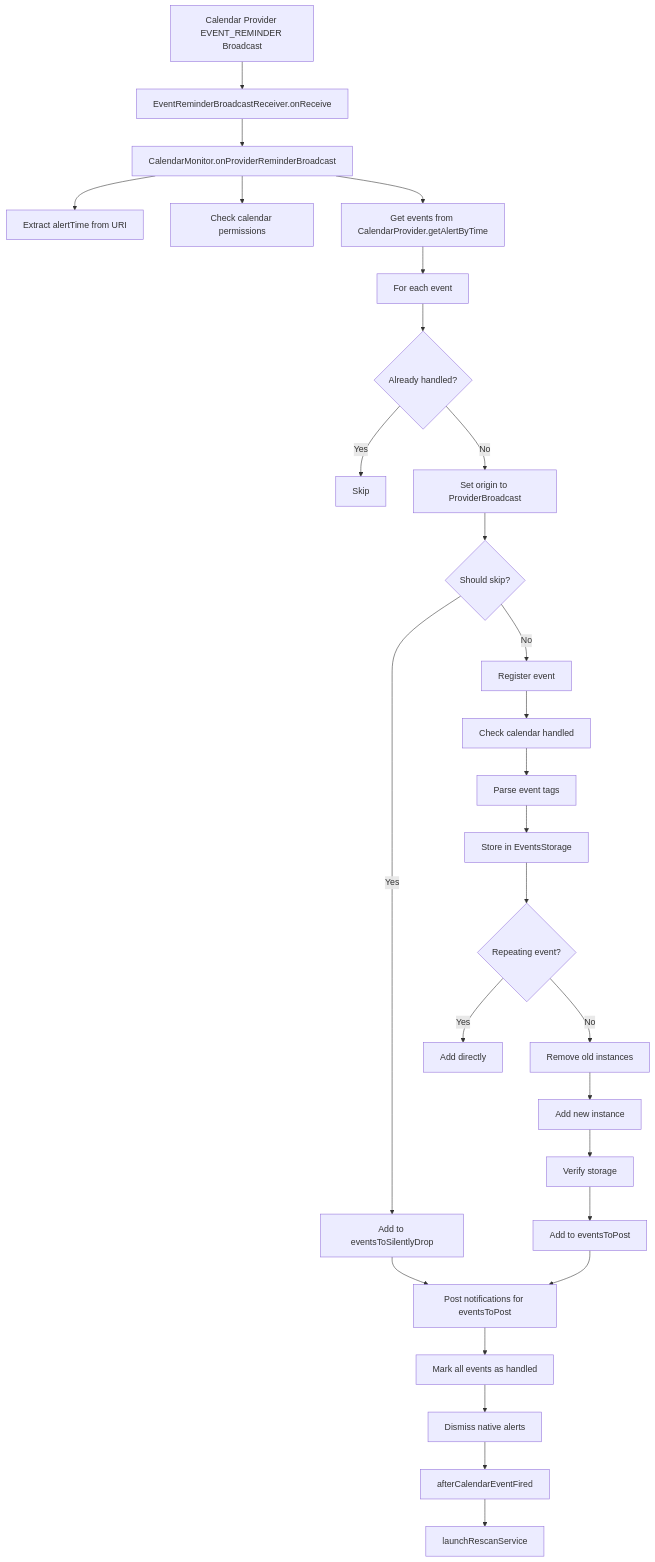
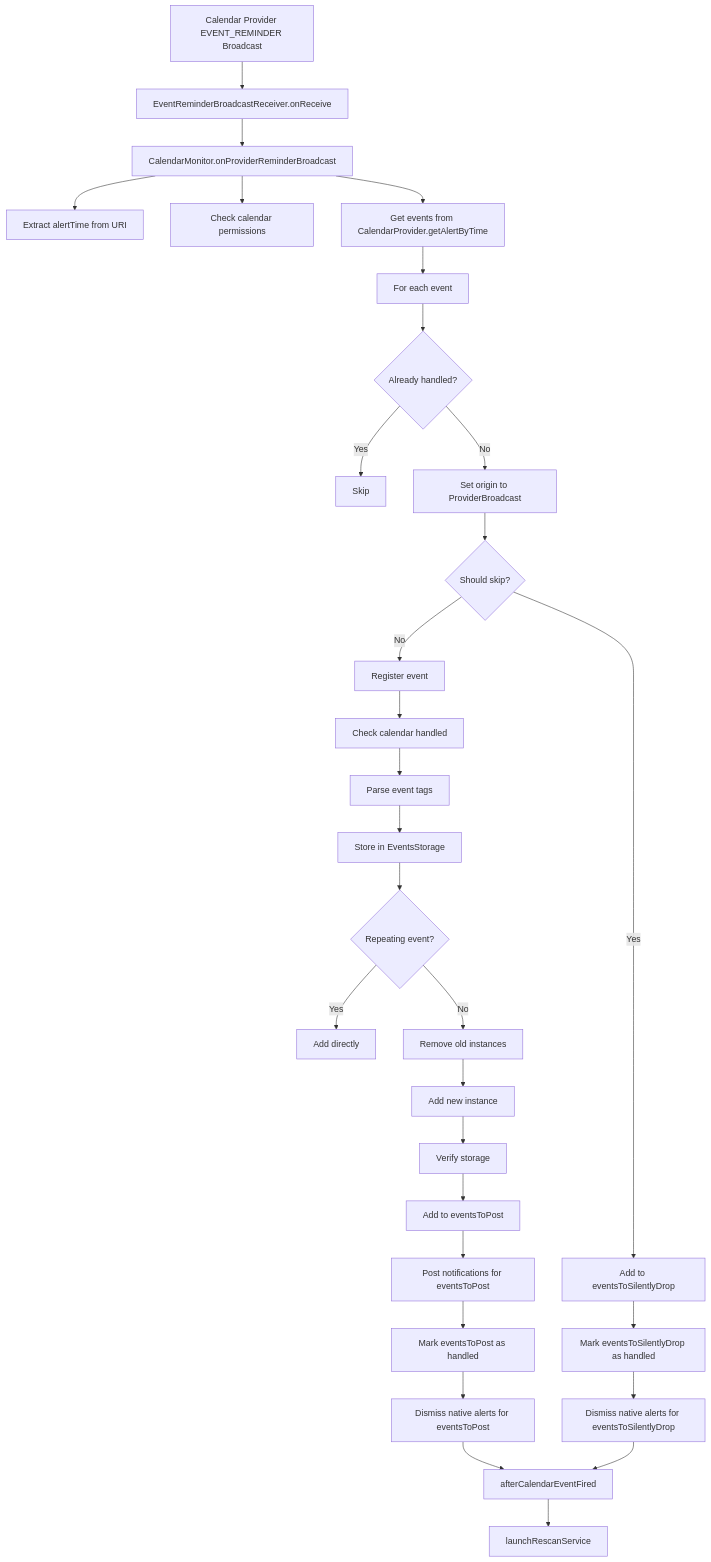
Before and after one commit to williscool/CalendarNotification: the first of 2 diagrams in docs/architecture/calendar_monitoring.md, drawn with Mermaid.

Commit message:
docs: fix calendar_monitoring

````diff
--- a/docs/architecture/calendar_monitoring.md
+++ b/docs/architecture/calendar_monitoring.md
@@ -62,37 +62,41 @@
 ```mermaid
 flowchart TD
     A[Calendar Provider EVENT_REMINDER Broadcast] --> B[EventReminderBroadcastReceiver.onReceive]
     B --> C[CalendarMonitor.onProviderReminderBroadcast]
     
     C --> D[Extract alertTime from URI]
     C --> E[Check calendar permissions]
     C --> F[Get events from CalendarProvider.getAlertByTime]
     
     F --> G[For each event]
     G --> H{Already handled?}
     H -->|Yes| I[Skip]
     H -->|No| J[Set origin to ProviderBroadcast]
     
     J --> K{Should skip?}
     K -->|Yes| L[Add to eventsToSilentlyDrop]
     K -->|No| M[Register event]
     
     M --> N[Check calendar handled]
     N --> O[Parse event tags]
     O --> P[Store in EventsStorage]
     
     P --> Q{Repeating event?}
     Q -->|Yes| R[Add directly]
     Q -->|No| S[Remove old instances]
     S --> T[Add new instance]
     
     T --> U[Verify storage]
     U --> V[Add to eventsToPost]
     
-    L --> W[Post notifications for eventsToPost]
-    V --> W
-    W --> X[Mark all events as handled]
-    X --> Y[Dismiss native alerts]
+    V --> W[Post notifications for eventsToPost]
+    W --> X[Mark eventsToPost as handled]
+    X --> Y[Dismiss native alerts for eventsToPost]
+    
+    L --> X2[Mark eventsToSilentlyDrop as handled]
+    X2 --> Y2[Dismiss native alerts for eventsToSilentlyDrop]
+    
     Y --> Z[afterCalendarEventFired]
+    Y2 --> Z
     Z --> AA[launchRescanService]
 ```
````
